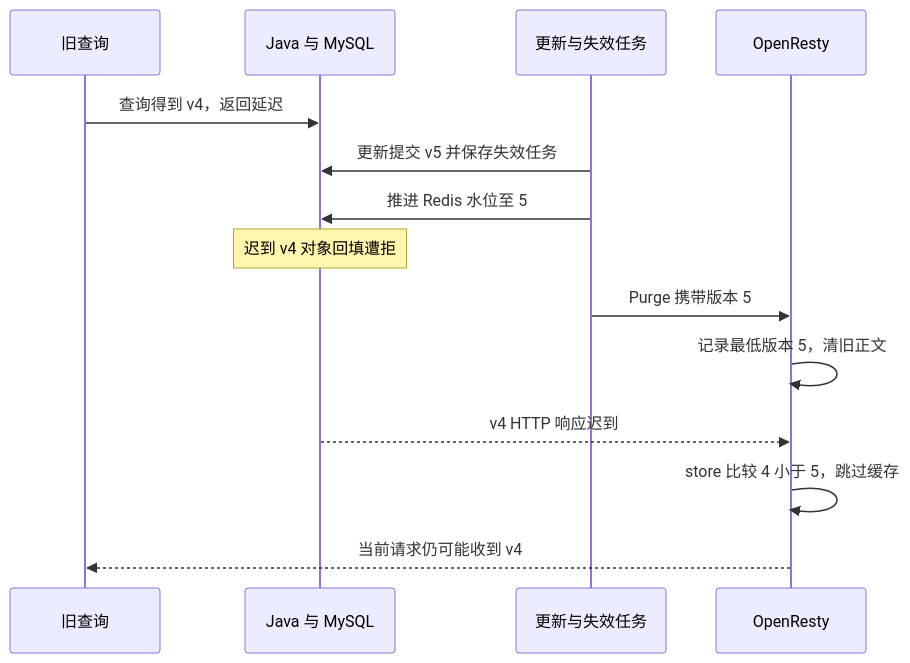
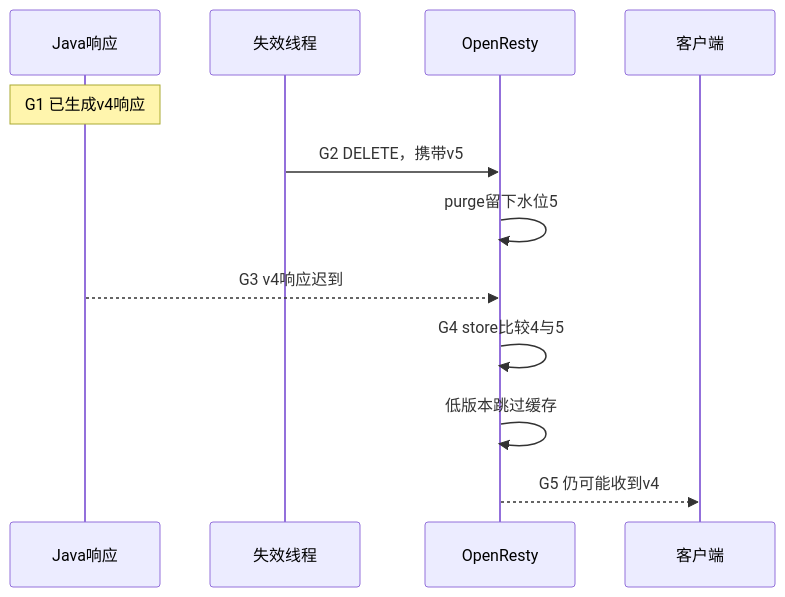
Before and after one commit to SyH-101/citypass-platform: the fourth of 6 diagrams in 02-多级缓存一致性.md, drawn with Mermaid. The commit also changed other lines of this file, not shown here.

Commit message:
docs: map cache refill and invalidation diagrams to implementation steps

````diff
--- a/02-多级缓存一致性.md
+++ b/02-多级缓存一致性.md
@@ -643,16 +684,14 @@
 ```mermaid
 sequenceDiagram
-    participant Q as 旧查询
-    participant J as Java 与 MySQL
-    participant W as 更新与失效任务
+    participant J as Java响应
+    participant T as 失效线程
     participant G as OpenResty
-    Q->>J: 查询得到 v4，返回延迟
-    W->>J: 更新提交 v5 并保存失效任务
-    W->>J: 推进 Redis 水位至 5
-    Note over J: 迟到 v4 对象回填遭拒
-    W->>G: Purge 携带版本 5
-    G->>G: 记录最低版本 5，清旧正文
-    J-->>G: v4 HTTP 响应迟到
-    G->>G: store 比较 4 小于 5，跳过缓存
-    G-->>Q: 当前请求仍可能收到 v4
+    participant C as 客户端
+    Note over J: G1 已生成v4响应
+    T->>G: G2 DELETE，携带v5
+    G->>G: purge留下水位5
+    J-->>G: G3 v4响应迟到
+    G->>G: G4 store比较4与5
+    G->>G: 低版本跳过缓存
+    G-->>C: G5 仍可能收到v4
 ```
````
